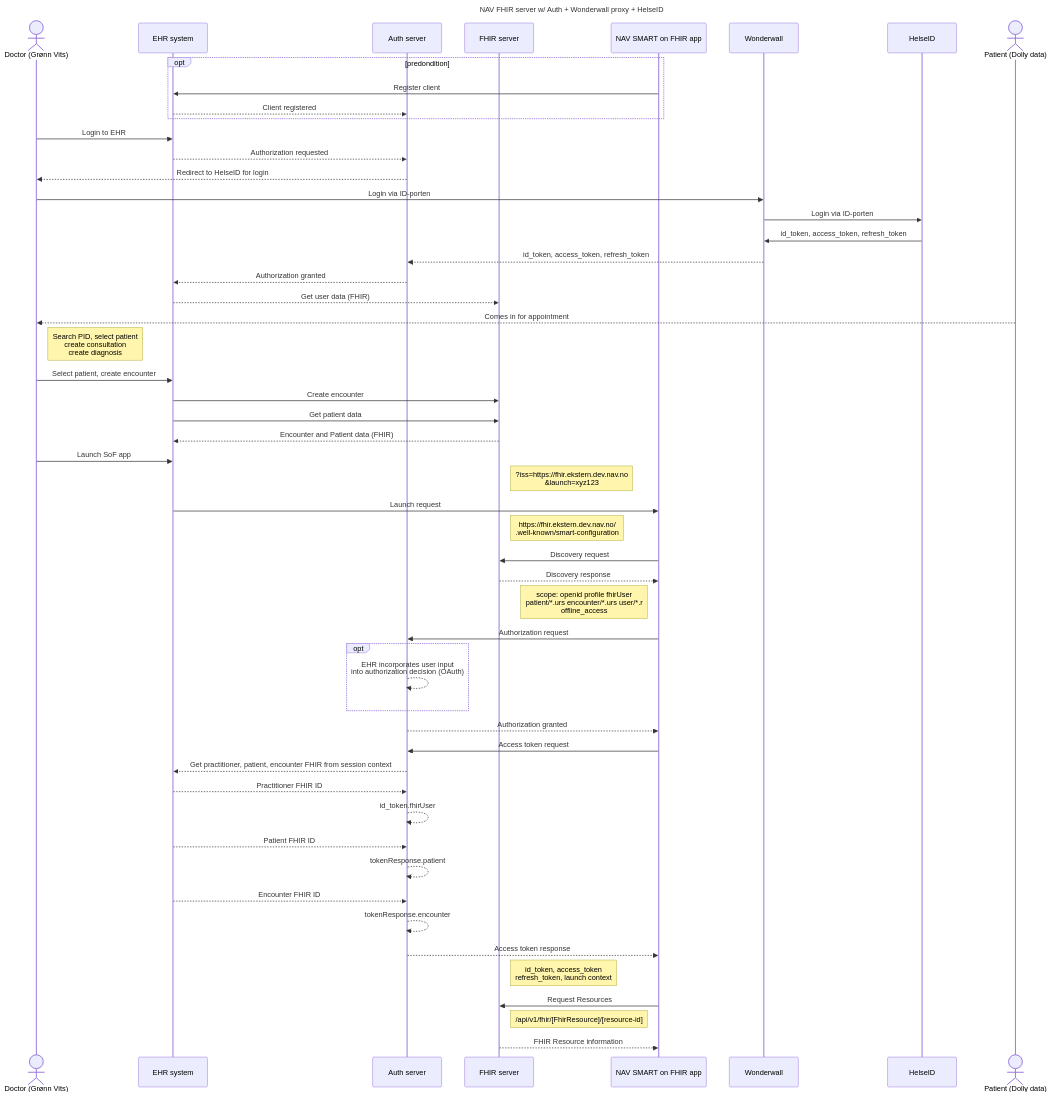
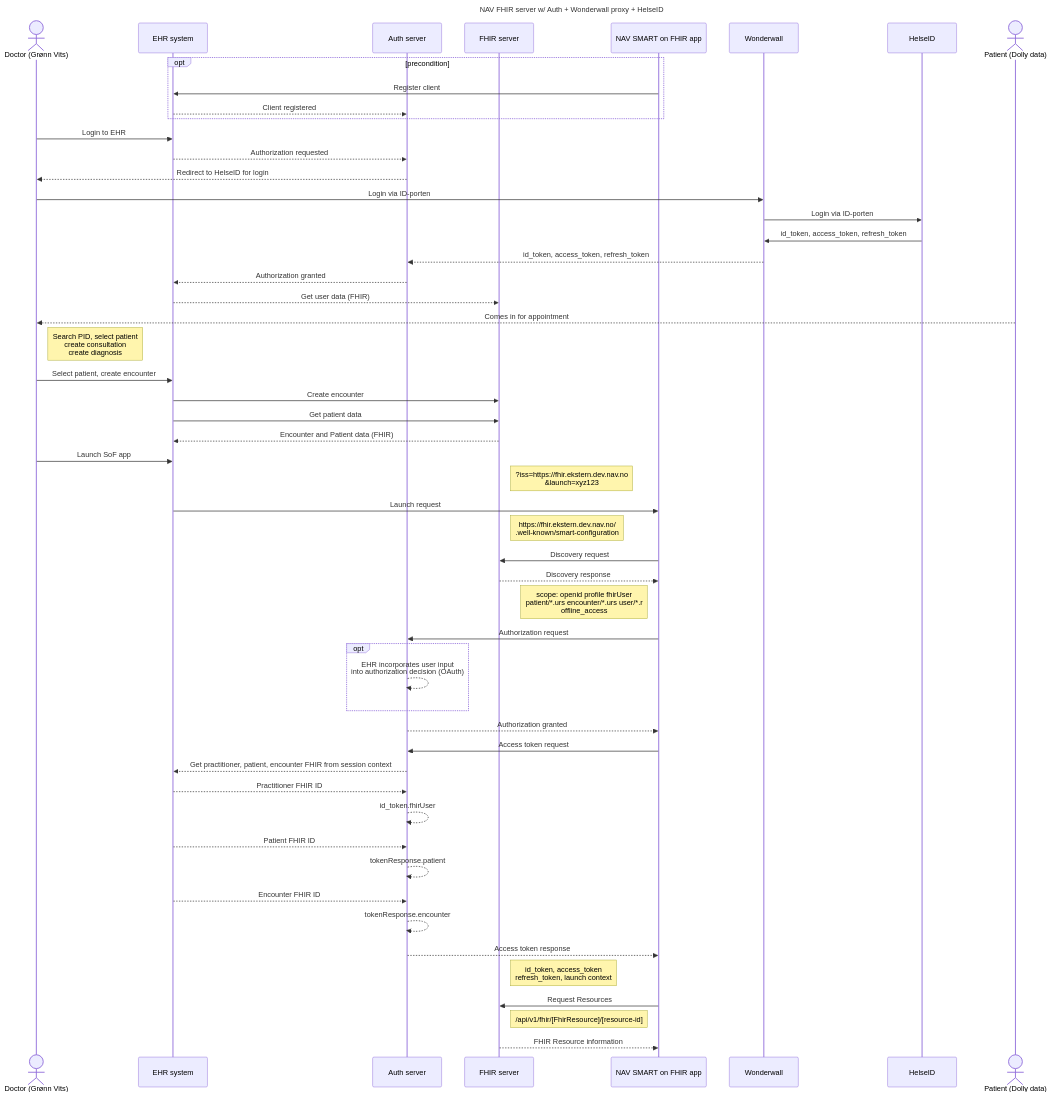
Before and after one commit to navikt/nav-fhir-server: the diagram in README.md, drawn with Mermaid.

Commit message:
Ever heard of predondition? No, me neither

````diff
--- a/README.md
+++ b/README.md
@@ -24,59 +24,59 @@
 ```mermaid
 ---
 title: NAV FHIR server w/ Auth + Wonderwall proxy + HelseID
 ---
 sequenceDiagram
     actor DOC as Doctor (Grønn Vits)
     participant EHR as EHR system
     participant AUTH as Auth server
     participant FHIR as FHIR server
     participant NAV as NAV SMART on FHIR app
     participant WALL as Wonderwall
     participant HID as HelseID
     actor PAT as Patient (Dolly data)
     
-    opt predondition 
+    opt precondition 
         NAV ->> EHR: Register client
         EHR -->> AUTH: Client registered
     end
     DOC ->> EHR: Login to EHR
     EHR -->> AUTH:  Authorization requested
     AUTH -->> DOC: Redirect to HelseID for login
     DOC ->> WALL: Login via ID-porten
     WALL ->> HID: Login via ID-porten
     HID ->> WALL: id_token, access_token, refresh_token
     WALL -->> AUTH: id_token, access_token, refresh_token
     AUTH -->> EHR:  Authorization granted
     EHR -->> FHIR:  Get user data (FHIR)
     PAT -->> DOC: Comes in for appointment
     Note right of DOC: Search PID, select patient<br>create consultation<br>create diagnosis
     DOC ->> EHR: Select patient, create encounter
     EHR ->> FHIR: Create encounter
     EHR ->> FHIR: Get patient data
     FHIR -->> EHR: Encounter and Patient data (FHIR)
     DOC ->> EHR: Launch SoF app
     Note right of FHIR: ?iss=https://fhir.ekstern.dev.nav.no<br>&launch=xyz123
     EHR ->> NAV: Launch request
     Note right of FHIR: https://fhir.ekstern.dev.nav.no/<br>.well-known/smart-configuration
     NAV ->> FHIR: Discovery request
     FHIR -->> NAV: Discovery response
     note left of NAV: scope: openid profile fhirUser<br>patient/*.urs encounter/*.urs user/*.r<br>offline_access
     NAV ->> AUTH: Authorization request
     opt
         AUTH -->> AUTH: EHR incorporates user input<br>into authorization decision (OAuth)
     end
     AUTH -->> NAV: Authorization granted
     NAV ->> AUTH: Access token request
     AUTH -->> EHR: Get practitioner, patient, encounter FHIR from session context
     EHR -->> AUTH: Practitioner FHIR ID
     AUTH -->> AUTH: id_token.fhirUser
     EHR -->> AUTH: Patient FHIR ID
     AUTH -->> AUTH: tokenResponse.patient
     EHR -->> AUTH: Encounter FHIR ID
     AUTH -->> AUTH: tokenResponse.encounter
     AUTH -->> NAV: Access token response
     Note right of FHIR: id_token, access_token<br>refresh_token, launch context
     NAV ->> FHIR: Request Resources
     Note left of NAV: /api/v1/fhir/[FhirResource]/[resource-id]
     FHIR -->> NAV: FHIR Resource information
 ```
````
